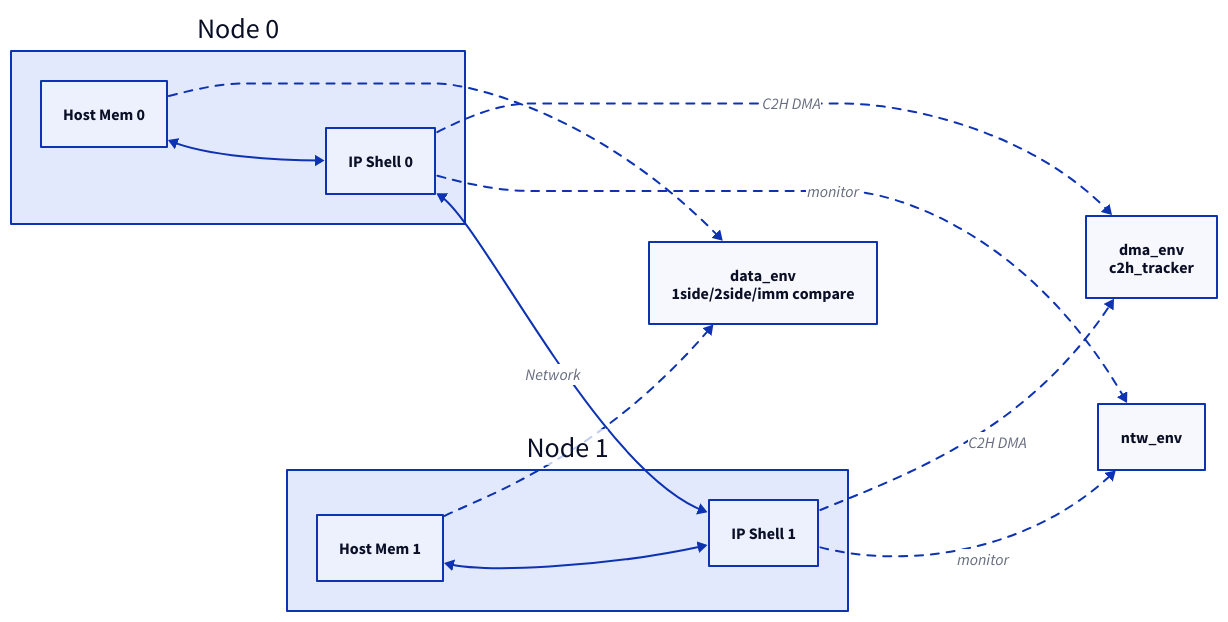
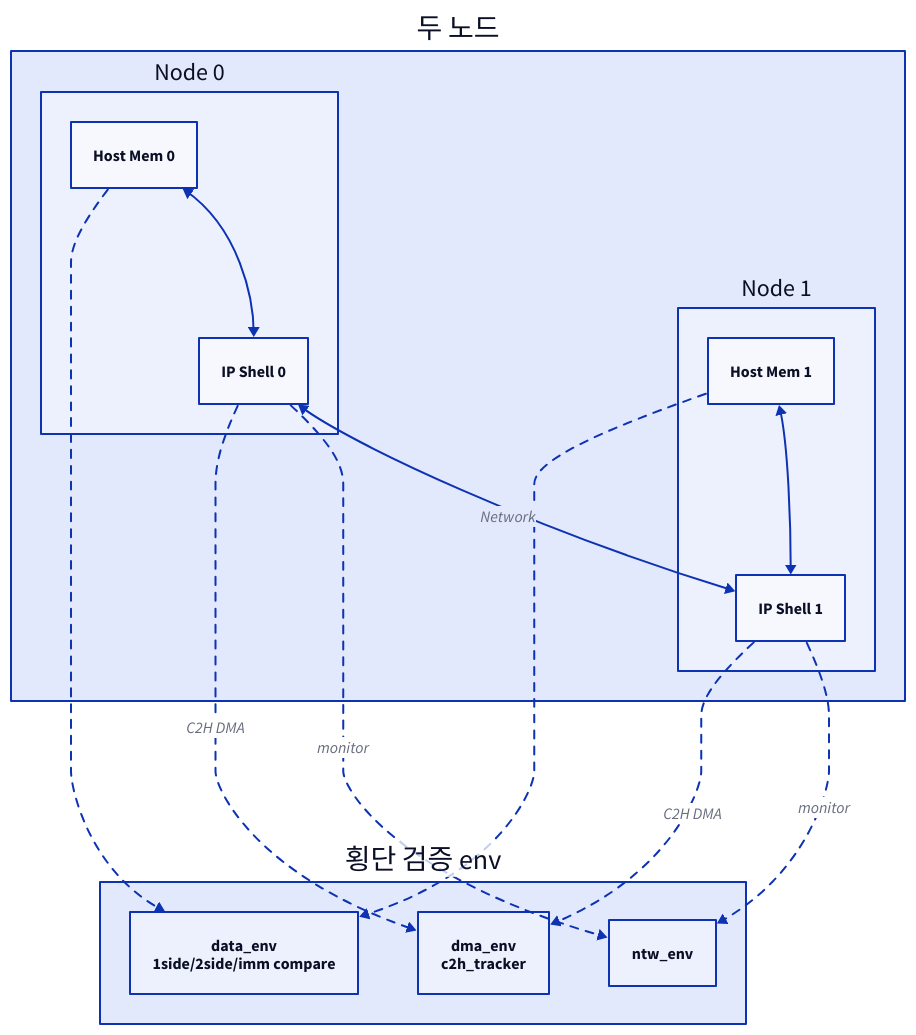
One commit to humbleowl39/DV_SKOOL changed the third of 4 diagrams in topics/rdma_verification/docs/01_tb_overview.md. Above: the diagram before and after it, drawn with D2. The commit also changed other lines of this file and 90 other files, not shown here.

First line of the commit message:
docs: 전 토픽 다이어그램 정비 — ASCII→D2, mermaid→D2, 과대 D2 가시성 수정

````diff
--- a/topics/rdma_verification/docs/01_tb_overview.md
+++ b/topics/rdma_verification/docs/01_tb_overview.md
@@ -179,27 +179,32 @@
 ```d2
-direction: right
+direction: down
 
-Node0: "Node 0" {
-  H0: "Host Mem 0"
-  IP0: "IP Shell 0"
-  H0 <-> IP0
+NODES: "두 노드" {
+  direction: right
+  Node0: "Node 0" {
+    H0: "Host Mem 0"
+    IP0: "IP Shell 0"
+    H0 <-> IP0
+  }
+  Node1: "Node 1" {
+    H1: "Host Mem 1"
+    IP1: "IP Shell 1"
+    H1 <-> IP1
+  }
+  Node0.IP0 <-> Node1.IP1: "Network"
 }
 
-Node1: "Node 1" {
-  H1: "Host Mem 1"
-  IP1: "IP Shell 1"
-  H1 <-> IP1
+CROSS: "횡단 검증 env" {
+  direction: right
+  Net: "ntw_env"
+  Data: "data_env\n1side/2side/imm compare"
+  Dma: "dma_env\nc2h_tracker"
 }
 
-Net: "ntw_env"
-Data: "data_env\n1side/2side/imm compare"
-Dma: "dma_env\nc2h_tracker"
-
-Node0.IP0 <-> Node1.IP1: "Network"
-Node0.IP0 -> Net: "monitor" { style.stroke-dash: 4 }
-Node1.IP1 -> Net: "monitor" { style.stroke-dash: 4 }
-Node0.H0 -> Data: { style.stroke-dash: 4 }
-Node1.H1 -> Data: { style.stroke-dash: 4 }
-Node0.IP0 -> Dma: "C2H DMA" { style.stroke-dash: 4 }
-Node1.IP1 -> Dma: "C2H DMA" { style.stroke-dash: 4 }
+NODES.Node0.IP0 -> CROSS.Net: "monitor" { style.stroke-dash: 4 }
+NODES.Node1.IP1 -> CROSS.Net: "monitor" { style.stroke-dash: 4 }
+NODES.Node0.H0 -> CROSS.Data: { style.stroke-dash: 4 }
+NODES.Node1.H1 -> CROSS.Data: { style.stroke-dash: 4 }
+NODES.Node0.IP0 -> CROSS.Dma: "C2H DMA" { style.stroke-dash: 4 }
+NODES.Node1.IP1 -> CROSS.Dma: "C2H DMA" { style.stroke-dash: 4 }
 ```
````
